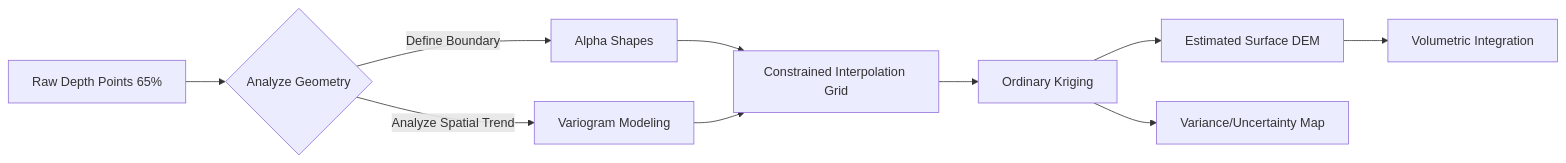
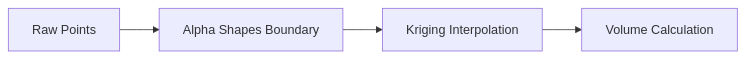
Before and after one commit to Sujal-py3/Leetcode: the first of 3 diagrams in readme.md, drawn with Mermaid. The commit also changed other lines of this file, not shown here.

````diff
--- a/readme.md
+++ b/readme.md
@@ -9,12 +9,6 @@
 ```mermaid
 graph LR
-    A[Raw Depth Points 65%] --> B{Analyze Geometry}
-    B -->|Define Boundary| C[Alpha Shapes]
-    B -->|Analyze Spatial Trend| D[Variogram Modeling]
-    C --> E[Constrained Interpolation Grid]
-    D --> E
-    E --> F[Ordinary Kriging]
-    F --> G[Estimated Surface DEM]
-    F --> H[Variance/Uncertainty Map]
-    G --> I[Volumetric Integration]
+    A[Raw Points] --> B[Alpha Shapes Boundary]
+    B --> C[Kriging Interpolation]
+    C --> D[Volume Calculation]
 ```
````
